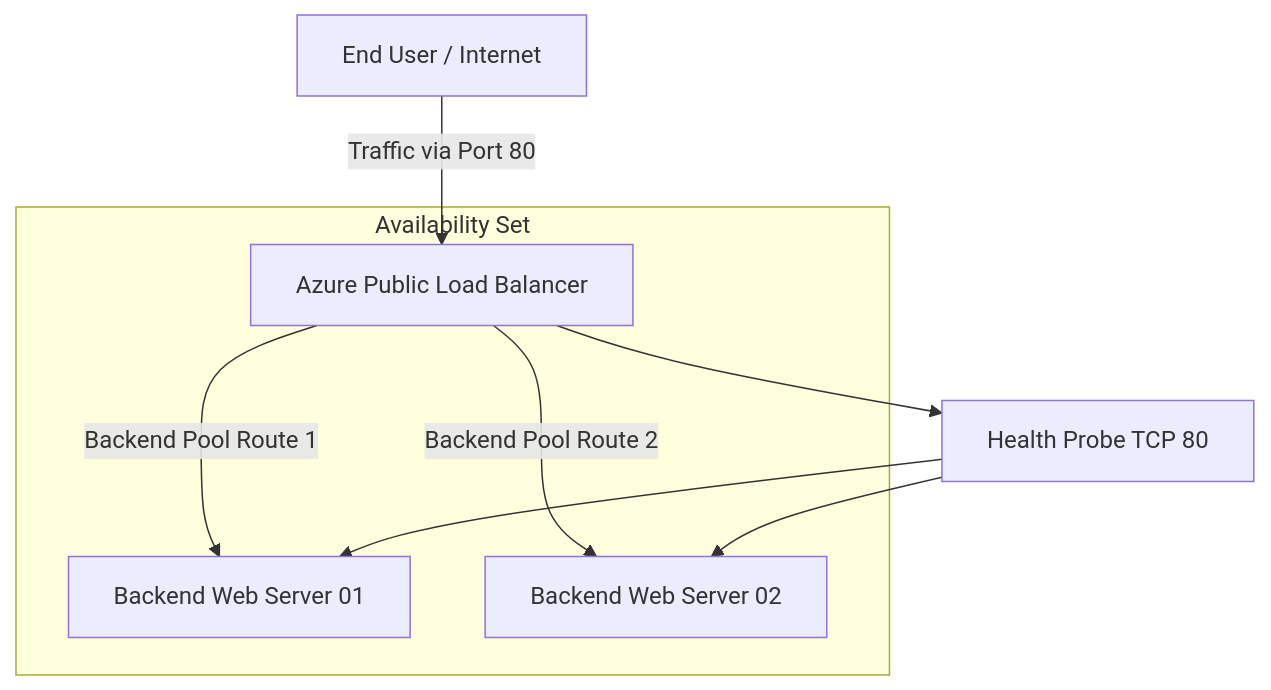
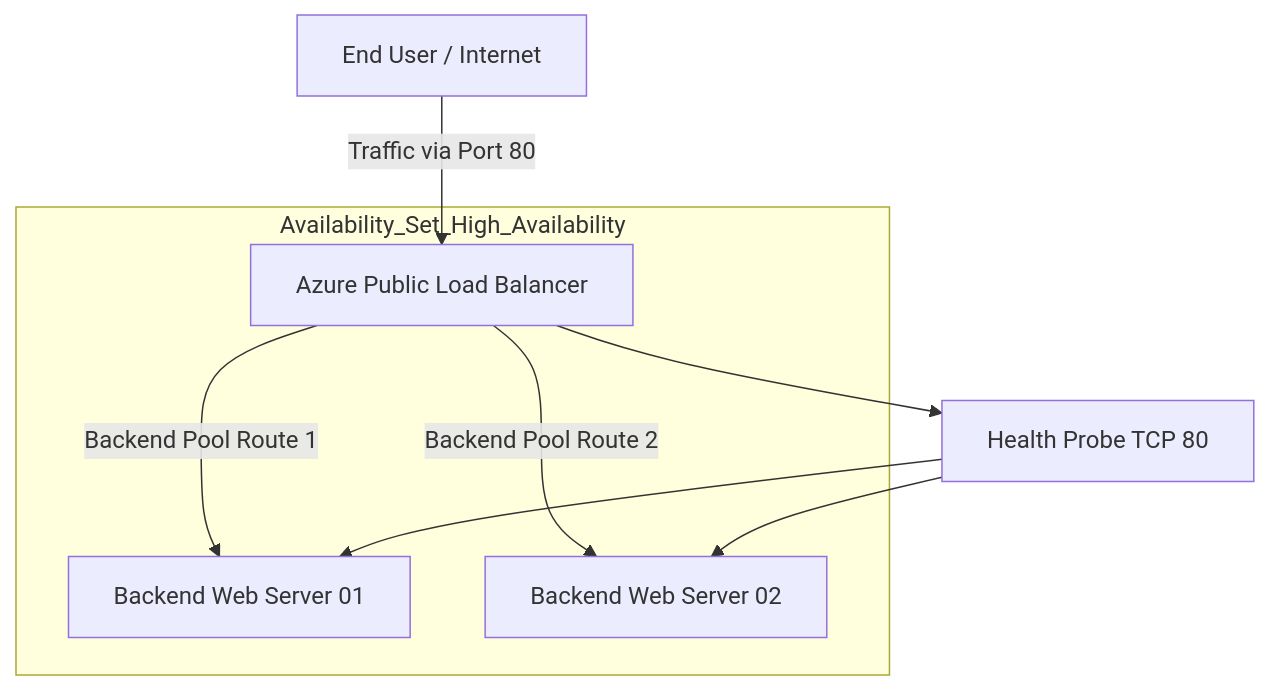
The diagram in README.md (Akamitt009/azure-load-balancer-high-availability), drawn with Mermaid before and after one commit. The commit also changed other lines of this file, not shown here.

````diff
--- a/README.md
+++ b/README.md
@@ -59,30 +61,30 @@
 ```mermaid
 graph TD
 
 User[End User / Internet]
 
 LB[Azure Public Load Balancer]
 
 VM1[Backend Web Server 01]
 
 VM2[Backend Web Server 02]
 
 Probe[Health Probe TCP 80]
 
 User -->|Traffic via Port 80| LB
 
-subgraph Availability Set
+subgraph Availability_Set_High_Availability
 
 LB -->|Backend Pool Route 1| VM1
 
 LB -->|Backend Pool Route 2| VM2
 
 end
 
 Probe --> VM1
 
 Probe --> VM2
 
 LB --> Probe
 
 ```
````
